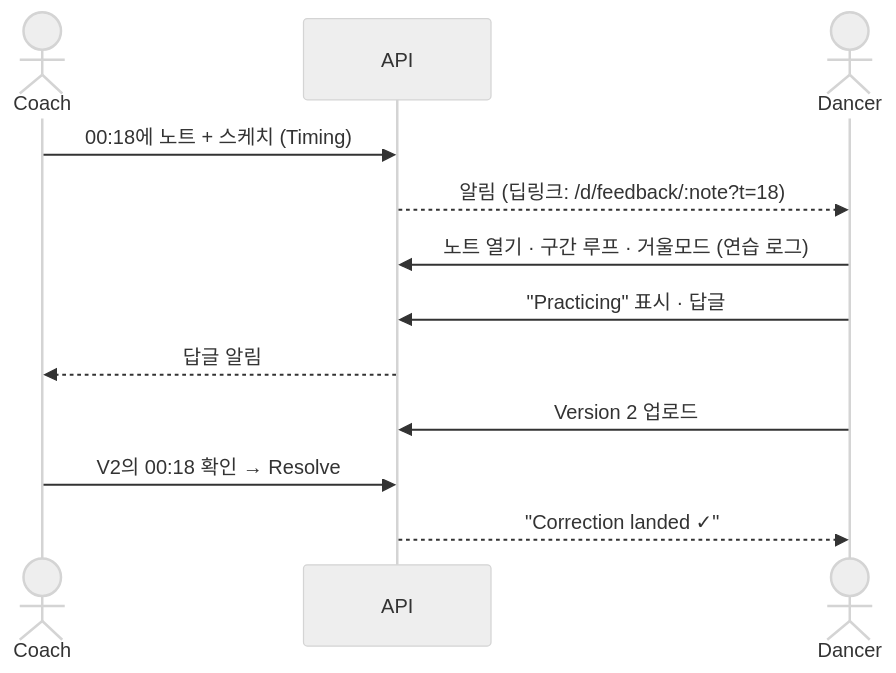
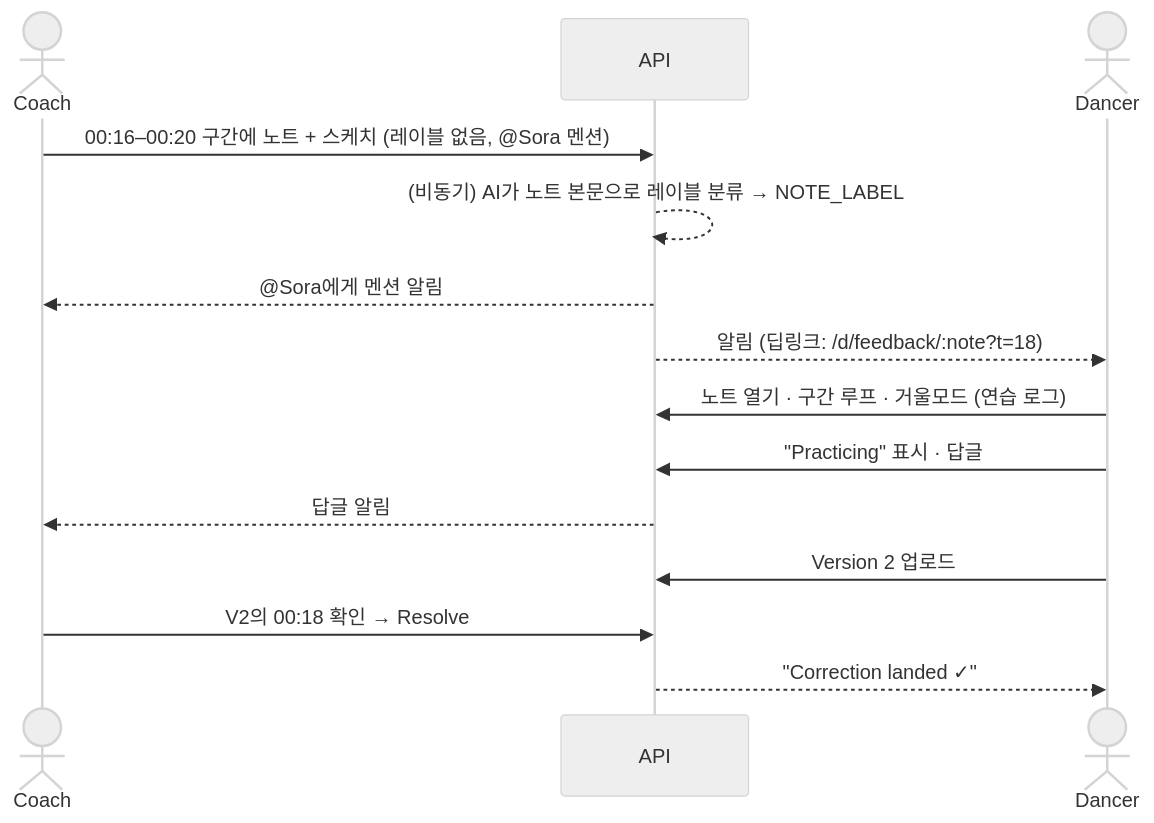
Before and after one commit to hope13710/dancerly: the sixth of 8 diagrams in docs/02-service-structure.md, drawn with Mermaid (neutral theme). The commit also changed other lines of this file and 12 other files, not shown here.

````diff
--- a/docs/02-service-structure.md
+++ b/docs/02-service-structure.md
@@ -224,14 +231,16 @@
 ```mermaid
 sequenceDiagram
   actor C as Coach
   participant A as API
   actor D as Dancer
-  C->>A: 00:18에 노트 + 스케치 (Timing)
+  C->>A: 00:16–00:20 구간에 노트 + 스케치 (레이블 없음, @Sora 멘션)
+  A-->>A: (비동기) AI가 노트 본문으로 레이블 분류 → NOTE_LABEL
+  A-->>C: @Sora에게 멘션 알림
   A-->>D: 알림 (딥링크: /d/feedback/:note?t=18)
   D->>A: 노트 열기 · 구간 루프 · 거울모드 (연습 로그)
   D->>A: "Practicing" 표시 · 답글
   A-->>C: 답글 알림
   D->>A: Version 2 업로드
   C->>A: V2의 00:18 확인 → Resolve
   A-->>D: "Correction landed ✓"
 ```
````
